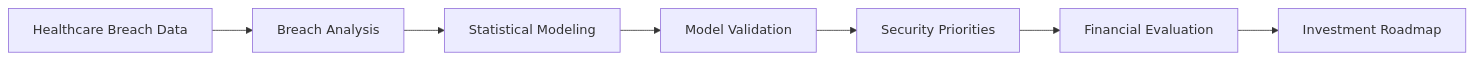
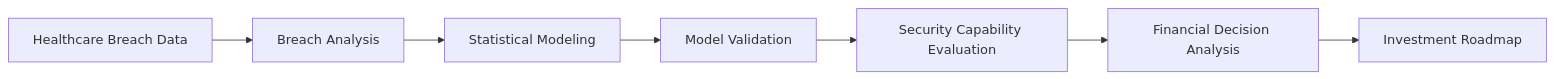
The diagram in README.md (rachelletecharchitect01-star/security-architecture-capstone), drawn with Mermaid before and after one commit. The commit also changed other lines of this file, not shown here.

````diff
--- a/README.md
+++ b/README.md
@@ -30,9 +30,9 @@
 ```mermaid
 flowchart LR
     A[Healthcare Breach Data] --> B[Breach Analysis]
     B --> C[Statistical Modeling]
     C --> D[Model Validation]
-    D --> E[Security Priorities]
-    E --> F[Financial Evaluation]
+    D --> E[Security Capability Evaluation]
+    E --> F[Financial Decision Analysis]
     F --> G[Investment Roadmap]
 ```
````
